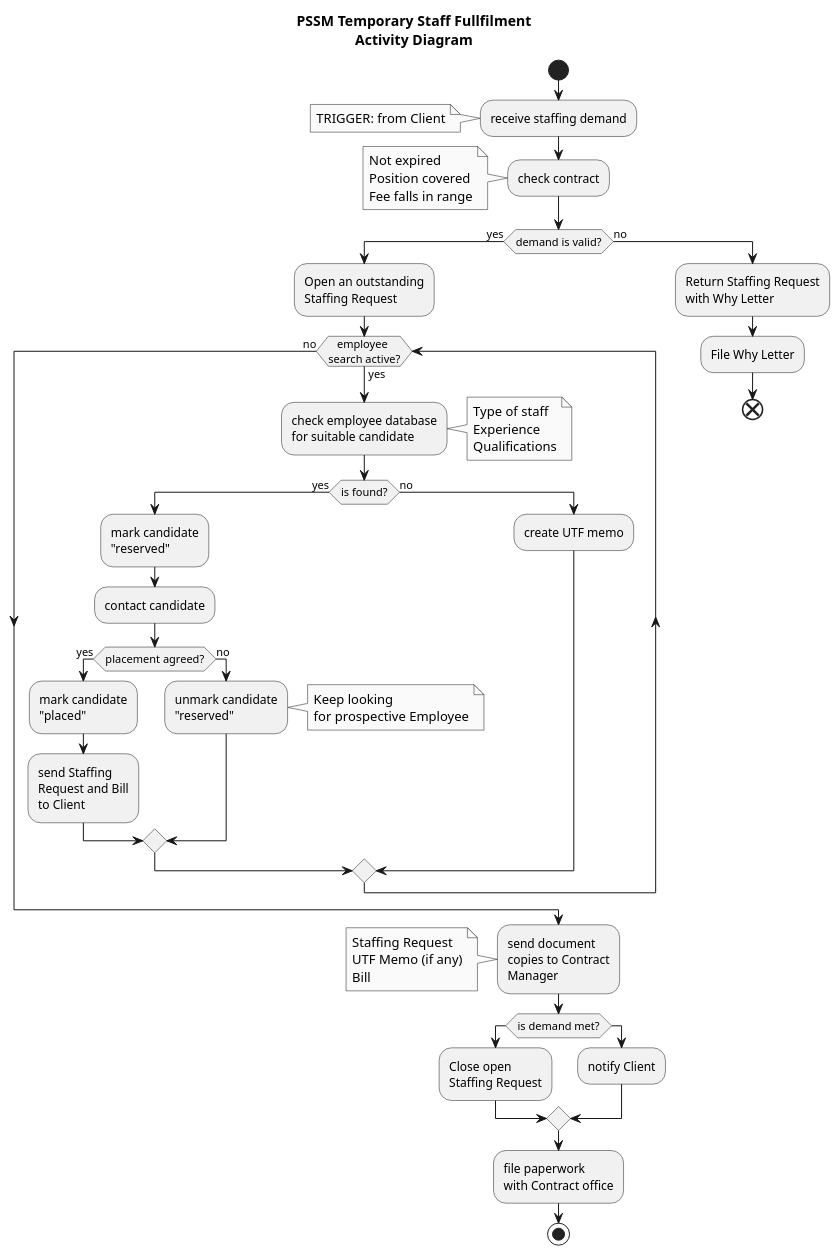
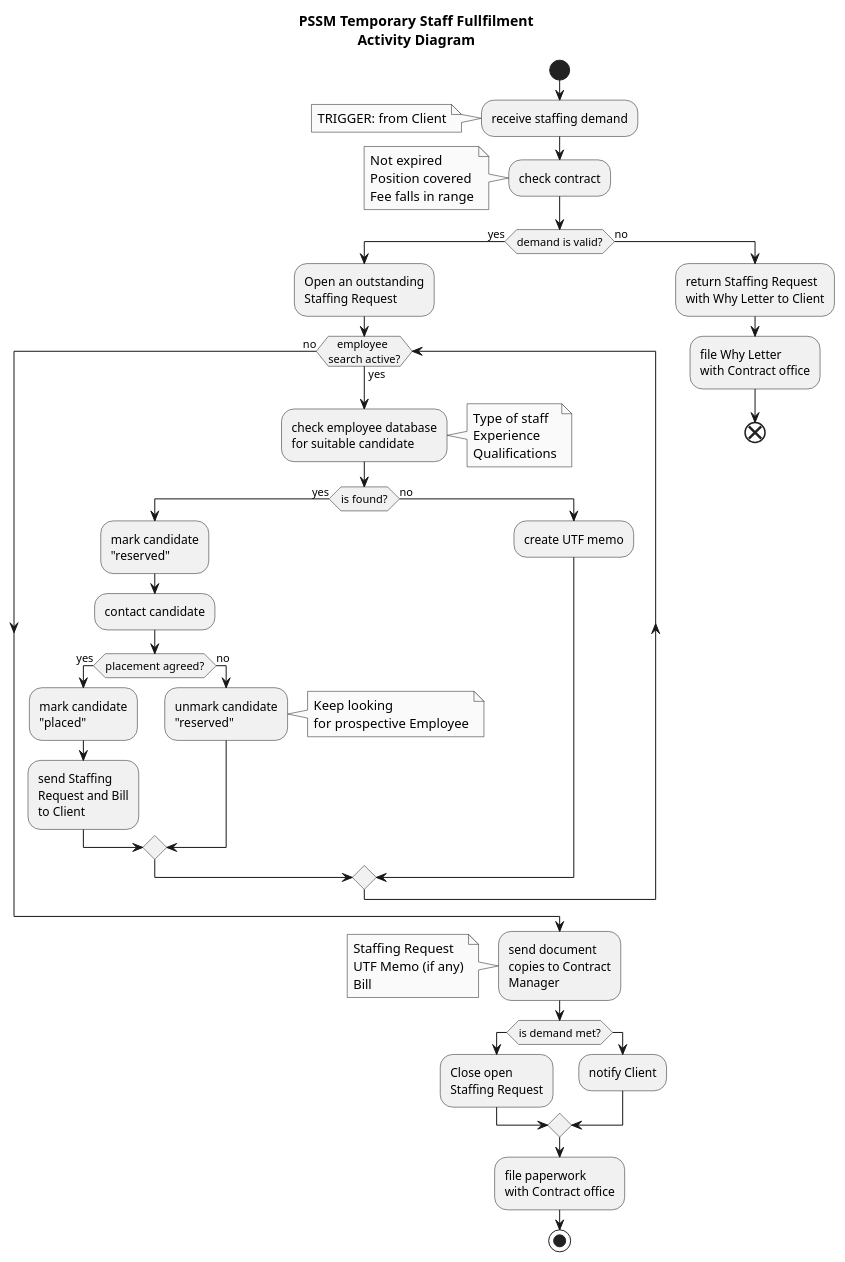
One commit to Nuissance/CIS641-capstone changed the diagram in Analysis/functional/PSSM_staff_fullfilment_ad.puml. Above: the diagram before and after it, drawn with PlantUML. The commit also changed 1 other file, not shown here.

```diff
--- a/Analysis/functional/PSSM_staff_fullfilment_ad.puml
+++ b/Analysis/functional/PSSM_staff_fullfilment_ad.puml
@@ -1,72 +1,74 @@
 @startuml
 skinparam monochrome true
 title PSSM Temporary Staff Fullfilment\nActivity Diagram
 
 start
   :receive staffing demand;
 note left
   TRIGGER: from Client
 end note
 :check contract;
 note left
   Not expired
   Position covered
   Fee falls in range
 end note
 if (demand is valid?) then (yes)
   :Open an outstanding
   Staffing Request;
   while (   employee\nsearch active?) is (yes)
     :check employee database
     for suitable candidate;
     note right
       Type of staff
       Experience
       Qualifications
     end note
     if (is found?) then (yes)
       :mark candidate
       "reserved";
       :contact candidate;
       if (placement agreed?) then (yes)
         :mark candidate
         "placed";
         :send Staffing
         Request and Bill
         to Client;
       else (no)
           :unmark candidate
           "reserved";
           note right
             Keep looking
             for prospective Employee
           end note
       endif
     else (no)
       :create UTF memo;
     endif
   endwhile (no)
 else (no)
-  :Return Staffing Request\nwith Why Letter;
-  :File Why Letter;
+  :return Staffing Request
+  with Why Letter to Client;
+  :file Why Letter
+  with Contract office;
   end
 endif
 :send document
 copies to Contract
 Manager;
 note left
   Staffing Request
   UTF Memo (if any)
   Bill
 end note
 if (is demand met?)
   :Close open
   Staffing Request;
 else
   :notify Client;
 endif
 :file paperwork
 with Contract office;
 stop
 
 @enduml
```
